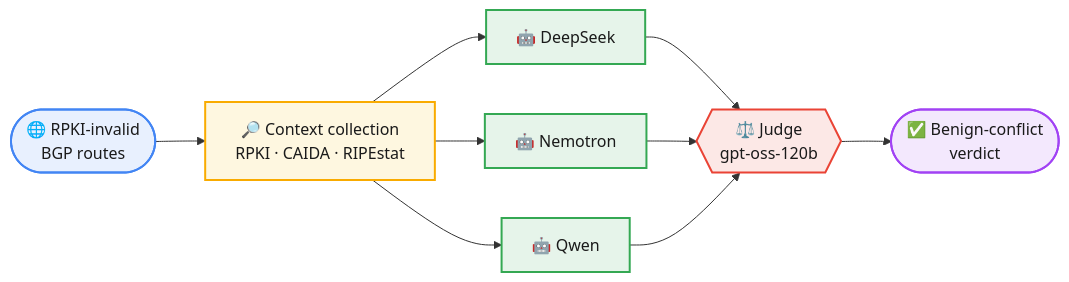
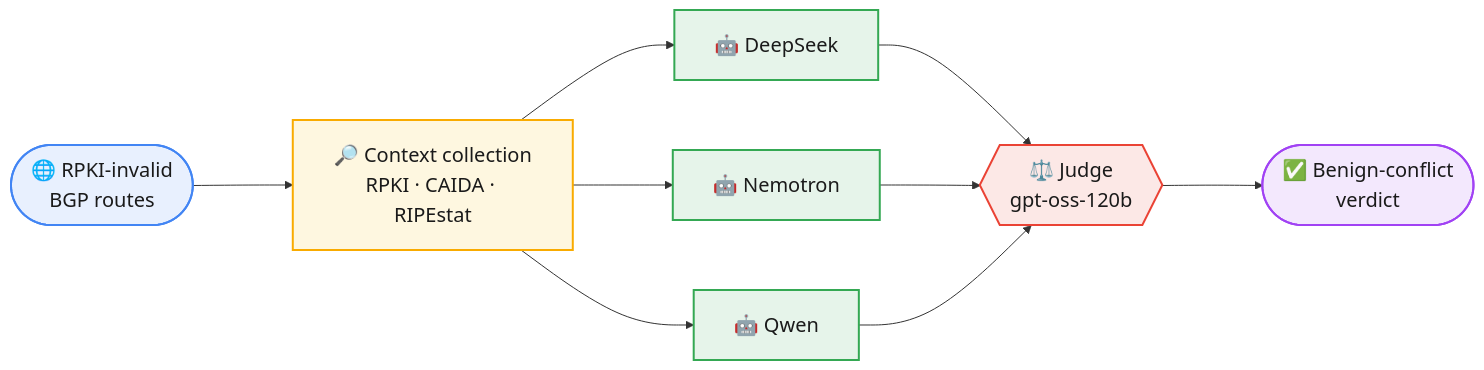
The diagram in README.md (zsjstart/LLMOV), drawn with Mermaid before and after one commit.

Commit message:
Increase diagram font size and node spacing

````diff
--- a/README.md
+++ b/README.md
@@ -15,26 +15,27 @@
 ```mermaid
+%%{init: {"flowchart": {"nodeSpacing": 70, "rankSpacing": 100, "padding": 20}, "themeVariables": {"fontSize": "20px"}}}%%
 flowchart LR
     A(["🌐 RPKI-invalid<br/>BGP routes"]) --> B["🔎 Context collection<br/>RPKI · CAIDA · RIPEstat"]
 
     B --> C1["🤖 DeepSeek"]
     B --> C2["🤖 Nemotron"]
     B --> C3["🤖 Qwen"]
 
     C1 --> D{{"⚖️ Judge<br/>gpt-oss-120b"}}
     C2 --> D
     C3 --> D
 
     D --> E(["✅ Benign-conflict<br/>verdict"])
 
     classDef input fill:#e8f0fe,stroke:#4285f4,stroke-width:2px,color:#1a1a1a;
     classDef context fill:#fef7e0,stroke:#f9ab00,stroke-width:2px,color:#1a1a1a;
     classDef model fill:#e6f4ea,stroke:#34a853,stroke-width:2px,color:#1a1a1a;
     classDef judge fill:#fce8e6,stroke:#ea4335,stroke-width:2px,color:#1a1a1a;
     classDef output fill:#f3e8fd,stroke:#a142f4,stroke-width:2px,color:#1a1a1a;
 
     class A input;
     class B context;
     class C1,C2,C3 model;
     class D judge;
     class E output;
 ```
````
